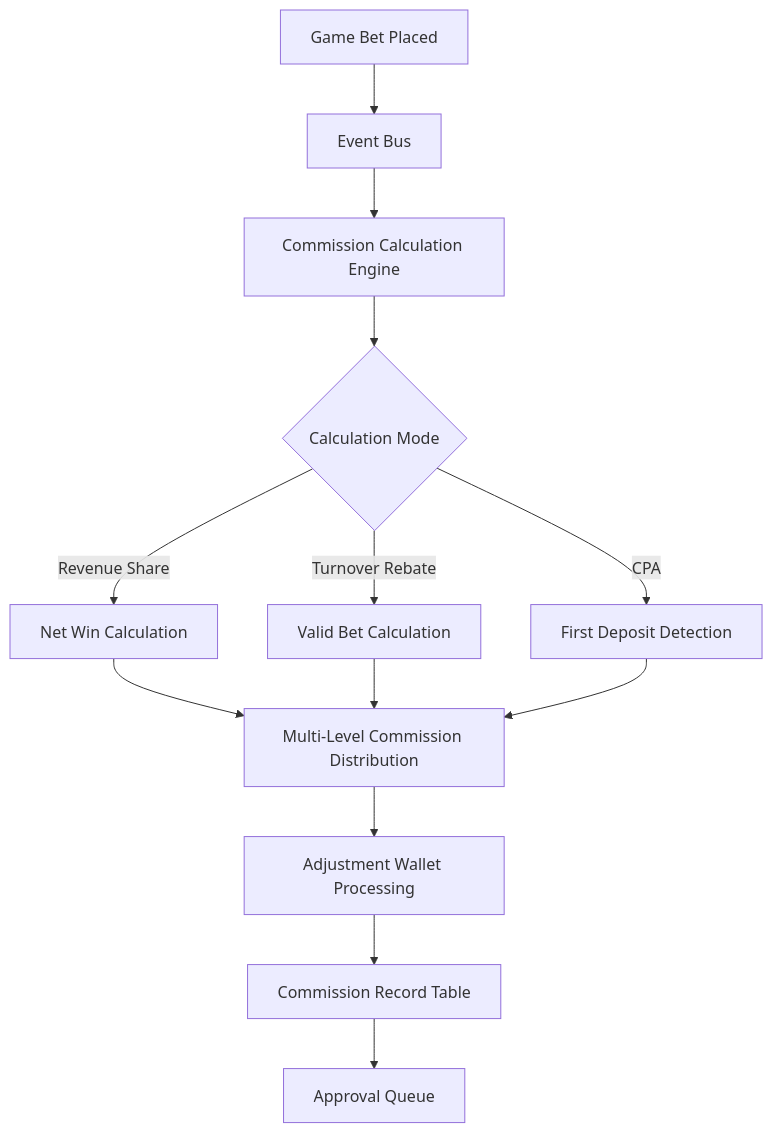
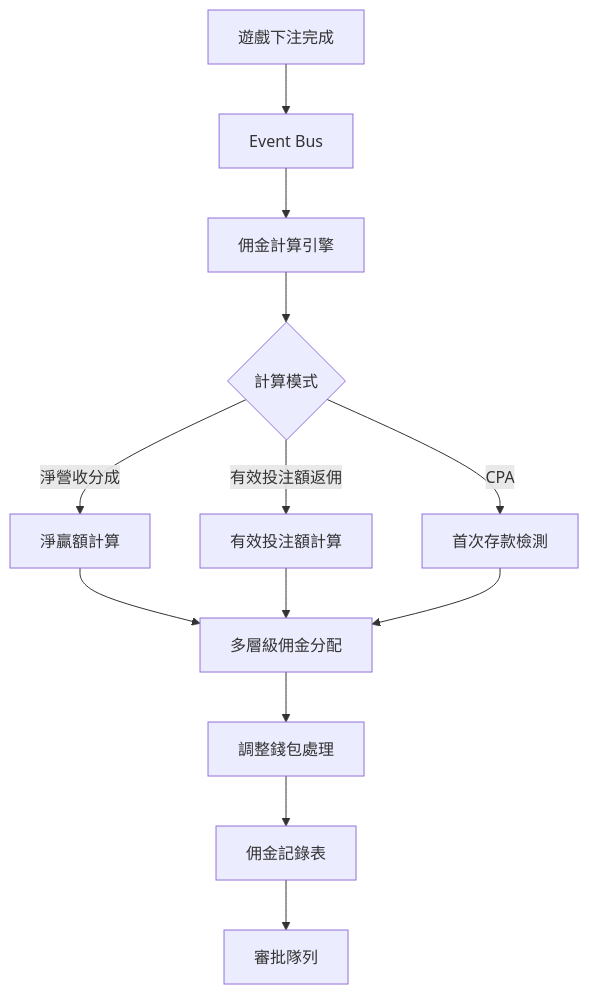
Before and after one commit to ron03wlb/smart-admin: the diagram in docs/iGaming/architecture/07_Agent_Service/Agent_System_Architecture.md, drawn with Mermaid. The commit also changed other lines of this file and 4 other files, not shown here.

````diff
--- a/docs/iGaming/architecture/07_Agent_Service/Agent_System_Architecture.md
+++ b/docs/iGaming/architecture/07_Agent_Service/Agent_System_Architecture.md
@@ -36,15 +36,15 @@
 ```mermaid
 graph TD
-    A[Game Bet Placed] --> B[Event Bus]
-    B --> C[Commission Calculation Engine]
-    C --> D{Calculation Mode}
-    D -->|Revenue Share| E[Net Win Calculation]
-    D -->|Turnover Rebate| F[Valid Bet Calculation]
-    D -->|CPA| G[First Deposit Detection]
-    E --> H[Multi-Level Commission Distribution]
+    A[遊戲下注完成] --> B[Event Bus]
+    B --> C[佣金計算引擎]
+    C --> D{計算模式}
+    D -->|淨營收分成| E[淨贏額計算]
+    D -->|有效投注額返佣| F[有效投注額計算]
+    D -->|CPA| G[首次存款檢測]
+    E --> H[多層級佣金分配]
     F --> H
     G --> H
-    H --> I[Adjustment Wallet Processing]
-    I --> J[Commission Record Table]
-    J --> K[Approval Queue]
+    H --> I[調整錢包處理]
+    I --> J[佣金記錄表]
+    J --> K[審批隊列]
 ```
````
